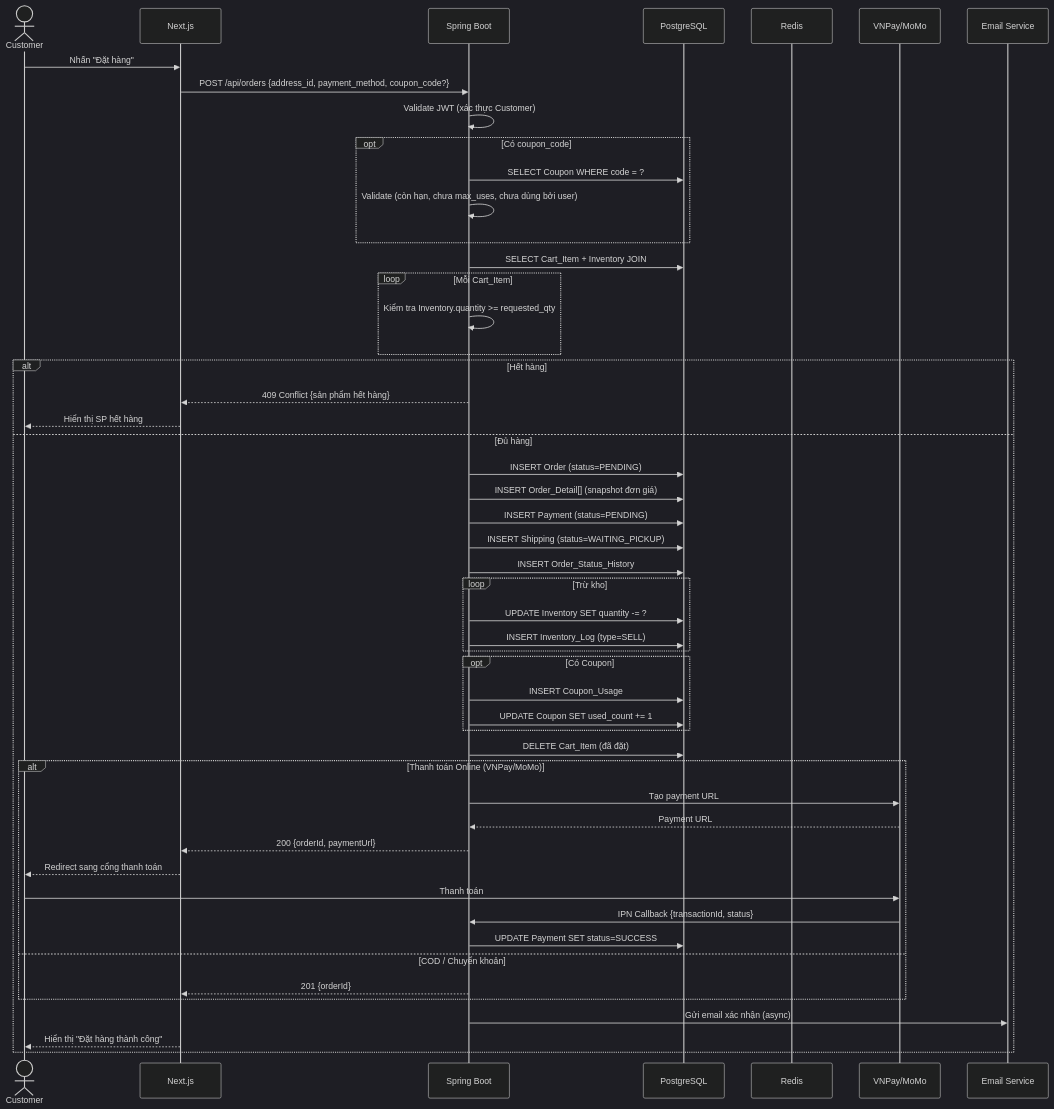
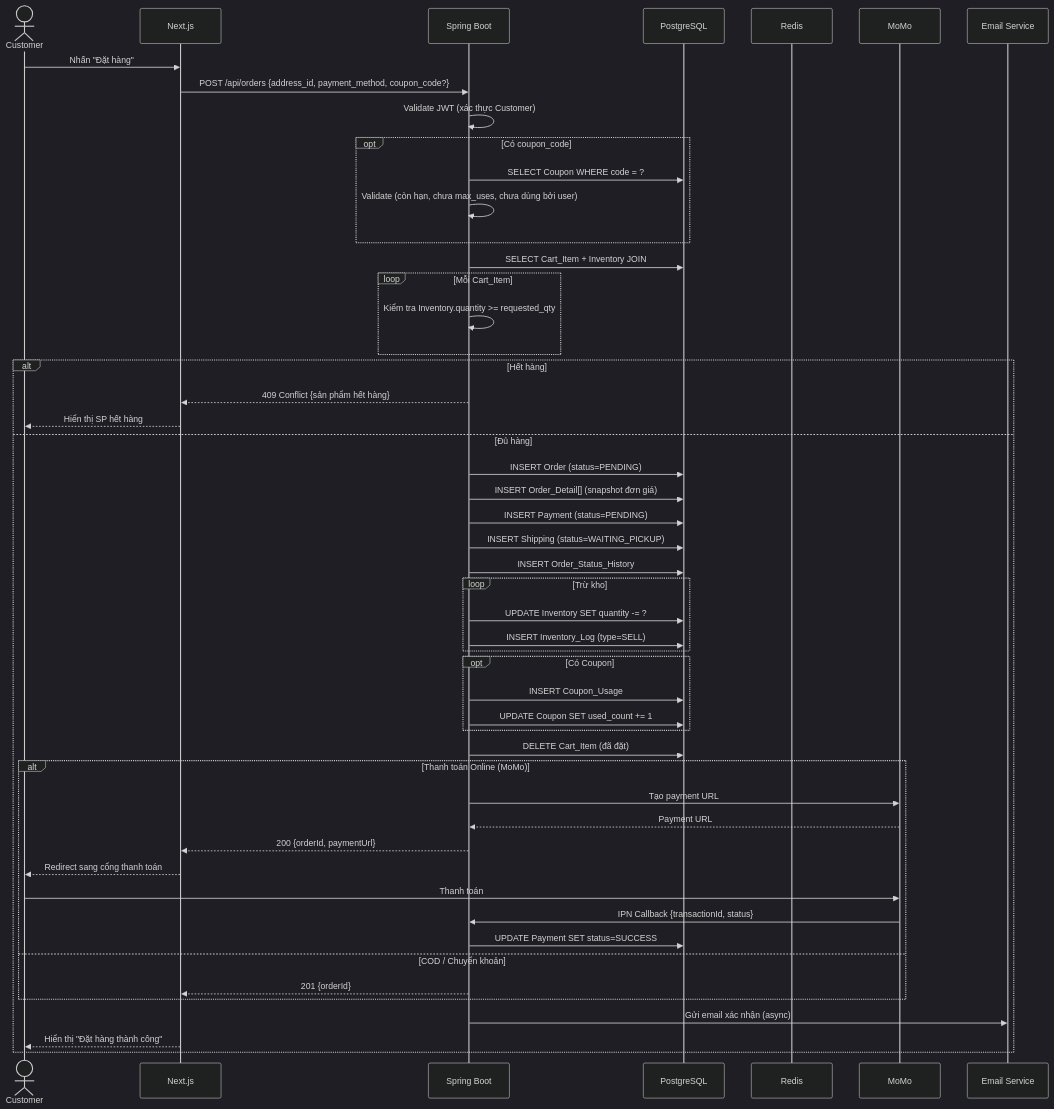
One commit to huuhieu56/PC-Parts-ECommerce changed the second of 8 diagrams in docs/software_design_document.md. Above: the diagram before and after it, drawn with Mermaid (dark theme). The commit also changed other lines of this file and 50 other files, not shown here.

````diff
--- a/docs/software_design_document.md
+++ b/docs/software_design_document.md
@@ -1048,63 +1062,63 @@
 ```mermaid
 sequenceDiagram
     actor Customer
     participant FE as Next.js
     participant BE as Spring Boot
     participant DB as PostgreSQL
     participant Cache as Redis
-    participant Pay as VNPay/MoMo
+    participant Pay as MoMo
     participant Email as Email Service
 
     Customer->>FE: Nhấn "Đặt hàng"
     FE->>BE: POST /api/orders {address_id, payment_method, coupon_code?}
     
     BE->>BE: Validate JWT (xác thực Customer)
     
     opt Có coupon_code
         BE->>DB: SELECT Coupon WHERE code = ?
         BE->>BE: Validate (còn hạn, chưa max_uses, chưa dùng bởi user)
     end
 
     BE->>DB: SELECT Cart_Item + Inventory JOIN
     loop Mỗi Cart_Item
         BE->>BE: Kiểm tra Inventory.quantity >= requested_qty
     end
 
     alt Hết hàng
         BE-->>FE: 409 Conflict {sản phẩm hết hàng}
         FE-->>Customer: Hiển thị SP hết hàng
     else Đủ hàng
         BE->>DB: INSERT Order (status=PENDING)
         BE->>DB: INSERT Order_Detail[] (snapshot đơn giá)
         BE->>DB: INSERT Payment (status=PENDING)
         BE->>DB: INSERT Shipping (status=WAITING_PICKUP)
         BE->>DB: INSERT Order_Status_History
 
         loop Trừ kho
             BE->>DB: UPDATE Inventory SET quantity -= ?
             BE->>DB: INSERT Inventory_Log (type=SELL)
         end
 
         opt Có Coupon
             BE->>DB: INSERT Coupon_Usage
             BE->>DB: UPDATE Coupon SET used_count += 1
         end
 
         BE->>DB: DELETE Cart_Item (đã đặt)
 
-        alt Thanh toán Online (VNPay/MoMo)
+        alt Thanh toán Online (MoMo)
             BE->>Pay: Tạo payment URL
             Pay-->>BE: Payment URL
             BE-->>FE: 200 {orderId, paymentUrl}
             FE-->>Customer: Redirect sang cổng thanh toán
             Customer->>Pay: Thanh toán
             Pay->>BE: IPN Callback {transactionId, status}
             BE->>DB: UPDATE Payment SET status=SUCCESS
         else COD / Chuyển khoản
             BE-->>FE: 201 {orderId}
         end
 
         BE->>Email: Gửi email xác nhận (async)
         FE-->>Customer: Hiển thị "Đặt hàng thành công"
     end
 ```
````
